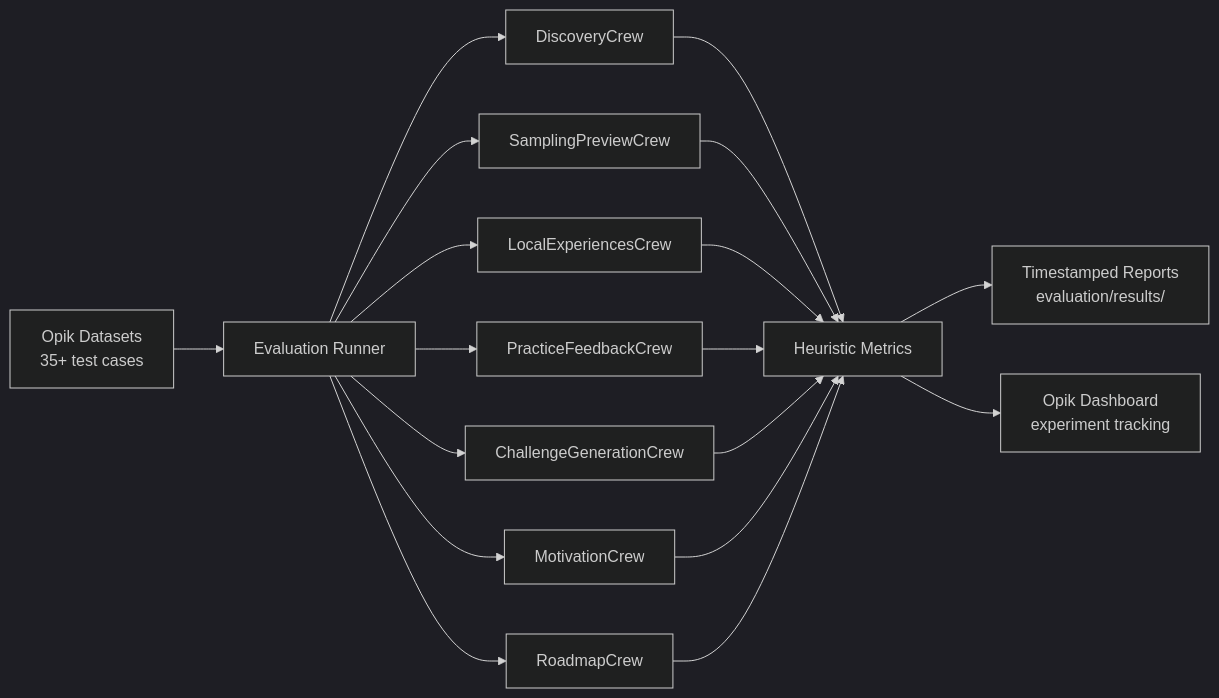
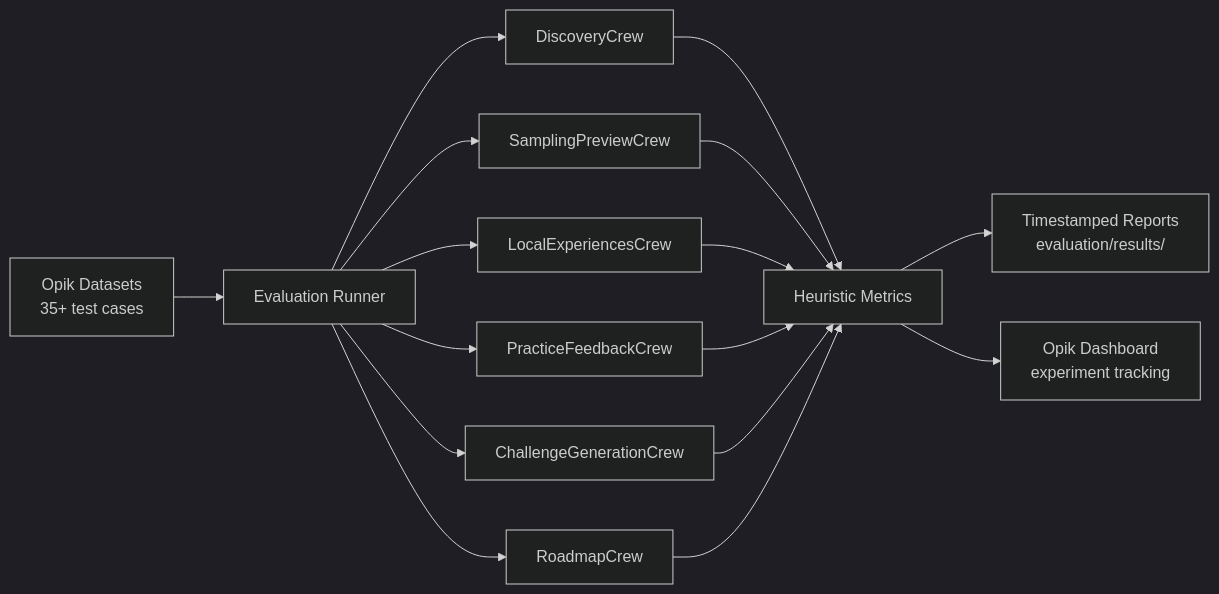
Before and after one commit to Hiba-Chaabnia/Meraki: the fifth of 6 diagrams in README.md, drawn with Mermaid (dark theme). The commit also changed other lines of this file and 12 other files, not shown here.

````diff
--- a/README.md
+++ b/README.md
@@ -304,22 +286,20 @@
 ```mermaid
 flowchart LR
     D["Opik Datasets\n35+ test cases"] --> R["Evaluation Runner"]
     R --> C1["DiscoveryCrew"]
     R --> C2["SamplingPreviewCrew"]
     R --> C3["LocalExperiencesCrew"]
     R --> C4["PracticeFeedbackCrew"]
     R --> C5["ChallengeGenerationCrew"]
-    R --> C6["MotivationCrew"]
     R --> C7["RoadmapCrew"]
 
     C1 --> M["Heuristic Metrics"]
     C2 --> M
     C3 --> M
     C4 --> M
     C5 --> M
-    C6 --> M
     C7 --> M
 
     M --> Rep["Timestamped Reports\nevaluation/results/"]
     M --> Opik["Opik Dashboard\nexperiment tracking"]
 ```
````
